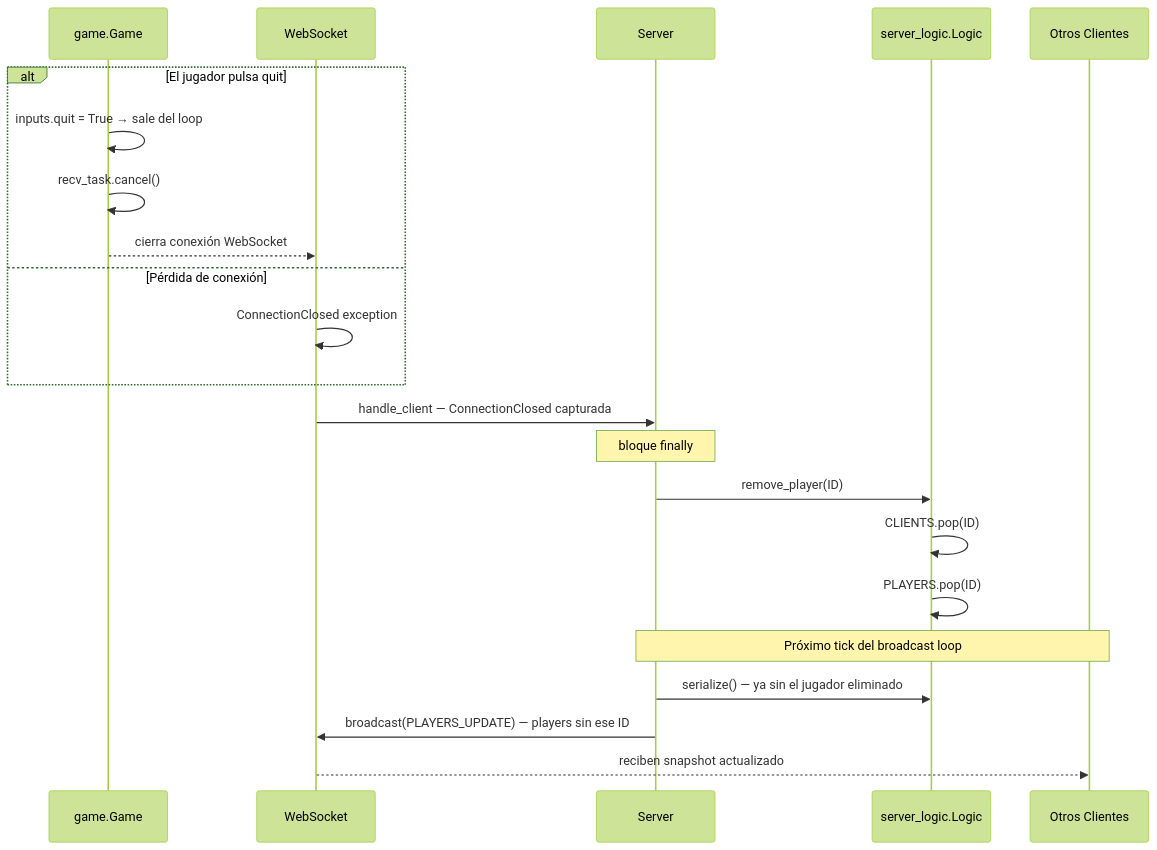
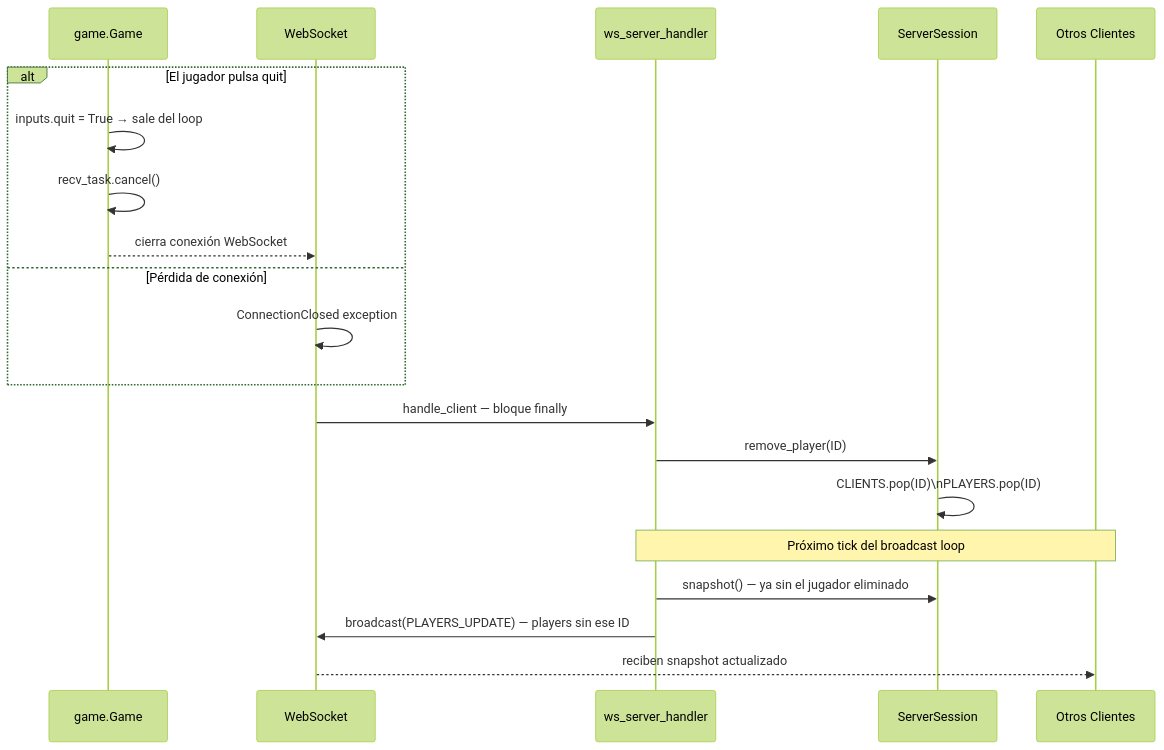
Before and after one commit to Aouei/pygame_multi: the fourth of 6 diagrams in docs/diagramas/mensajes.md, drawn with Mermaid (forest theme). The commit also changed other lines of this file and 3 other files, not shown here.

````diff
--- a/docs/diagramas/mensajes.md
+++ b/docs/diagramas/mensajes.md
@@ -226,27 +222,25 @@
 ```mermaid
 sequenceDiagram
     participant G  as game.Game
     participant WS as WebSocket
-    participant S  as Server
-    participant SL as server_logic.Logic
+    participant WSSH as ws_server_handler
+    participant SS as ServerSession
     participant OC as Otros Clientes
 
     alt El jugador pulsa quit
         G->>G: inputs.quit = True → sale del loop
         G->>G: recv_task.cancel()
         G-->>WS: cierra conexión WebSocket
     else Pérdida de conexión
         WS->>WS: ConnectionClosed exception
     end
 
-    WS->>S: handle_client — ConnectionClosed capturada
-    Note over S: bloque finally
-    S->>SL: remove_player(ID)
-    SL->>SL: CLIENTS.pop(ID)
-    SL->>SL: PLAYERS.pop(ID)
+    WS->>WSSH: handle_client — bloque finally
+    WSSH->>SS: remove_player(ID)
+    SS->>SS: CLIENTS.pop(ID)\nPLAYERS.pop(ID)
 
-    Note over S,OC: Próximo tick del broadcast loop
-    S->>SL: serialize() — ya sin el jugador eliminado
-    S->>WS: broadcast(PLAYERS_UPDATE) — players sin ese ID
+    Note over WSSH,OC: Próximo tick del broadcast loop
+    WSSH->>SS: snapshot() — ya sin el jugador eliminado
+    WSSH->>WS: broadcast(PLAYERS_UPDATE) — players sin ese ID
     WS-->>OC: reciben snapshot actualizado
 ```
````
